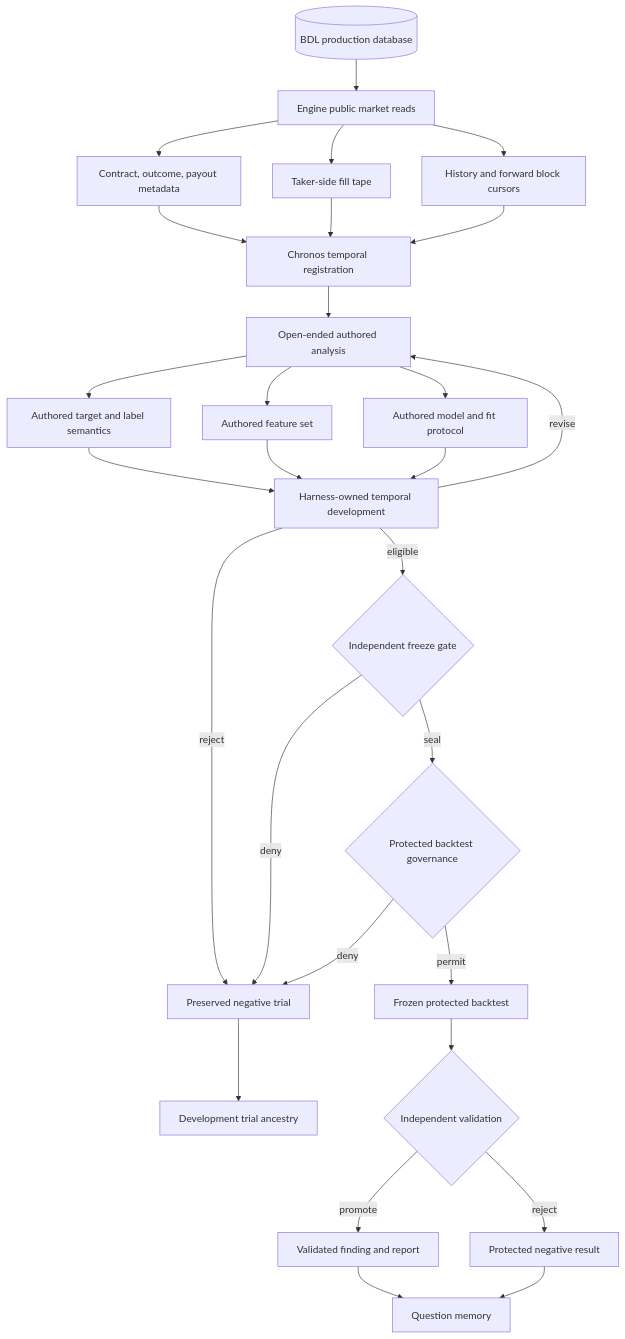
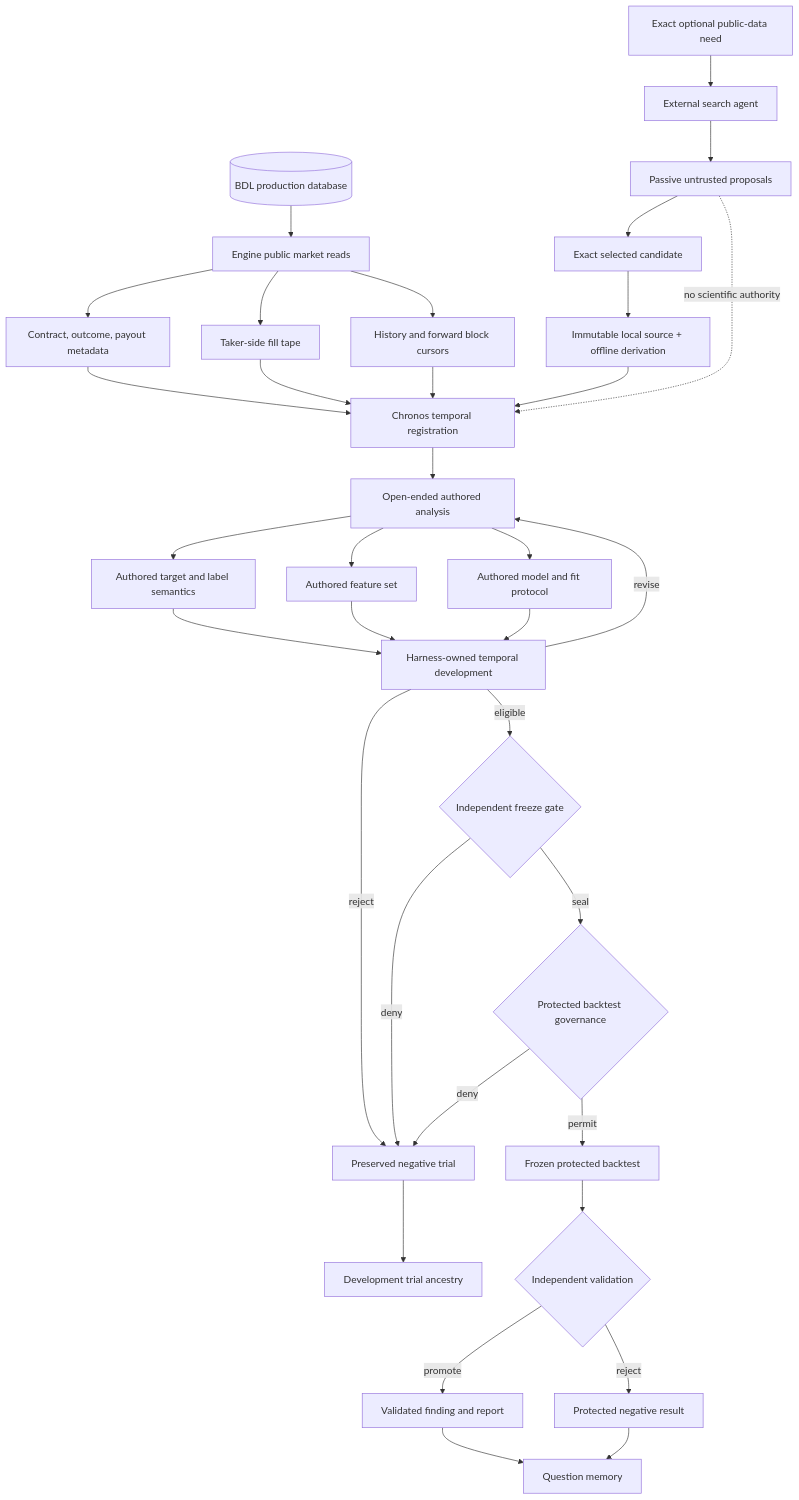
The third of 4 diagrams in README.md (kthaisociety/Polymarket), drawn with Mermaid before and after one commit. The commit also changed other lines of this file and 14 other files, not shown here.

````diff
--- a/README.md
+++ b/README.md
@@ -124,31 +124,38 @@
 ```mermaid
 flowchart TD
     DB[("BDL production database")] --> READ["Engine public market reads"]
     READ --> META["Contract, outcome, payout metadata"]
     READ --> TAPE["Taker-side fill tape"]
     READ --> VINTAGE["History and forward block cursors"]
     META --> REGISTER["Chronos temporal registration"]
     TAPE --> REGISTER
     VINTAGE --> REGISTER
+
+    NEED["Exact optional public-data need"] --> SCOUT["External search agent"]
+    SCOUT --> PROPOSAL["Passive untrusted proposals"]
+    PROPOSAL --> SELECT["Exact selected candidate"]
+    SELECT --> LOCAL["Immutable local source + offline derivation"]
+    LOCAL --> REGISTER
+    PROPOSAL -. "no scientific authority" .-> REGISTER
 
     REGISTER --> ANALYSIS["Open-ended authored analysis"]
     ANALYSIS --> LABELS["Authored target and label semantics"]
     ANALYSIS --> FEATURES["Authored feature set"]
     ANALYSIS --> MODELS["Authored model and fit protocol"]
     LABELS --> DEVELOPMENT["Harness-owned temporal development"]
     FEATURES --> DEVELOPMENT
     MODELS --> DEVELOPMENT
     DEVELOPMENT -->|"revise"| ANALYSIS
     DEVELOPMENT -->|"reject"| NEGATIVE_DEV["Preserved negative trial"]
     DEVELOPMENT -->|"eligible"| FREEZE{"Independent freeze gate"}
     FREEZE -->|"deny"| NEGATIVE_DEV
     FREEZE -->|"seal"| PROTECTED{"Protected backtest governance"}
     PROTECTED -->|"deny"| NEGATIVE_DEV
     PROTECTED -->|"permit"| BACKTEST["Frozen protected backtest"]
     BACKTEST --> VALIDATE{"Independent validation"}
     VALIDATE -->|"promote"| FINDING["Validated finding and report"]
     VALIDATE -->|"reject"| NEGATIVE["Protected negative result"]
     FINDING --> MEMORY["Question memory"]
     NEGATIVE --> MEMORY
     NEGATIVE_DEV --> HISTORY["Development trial ancestry"]
 ```
````
